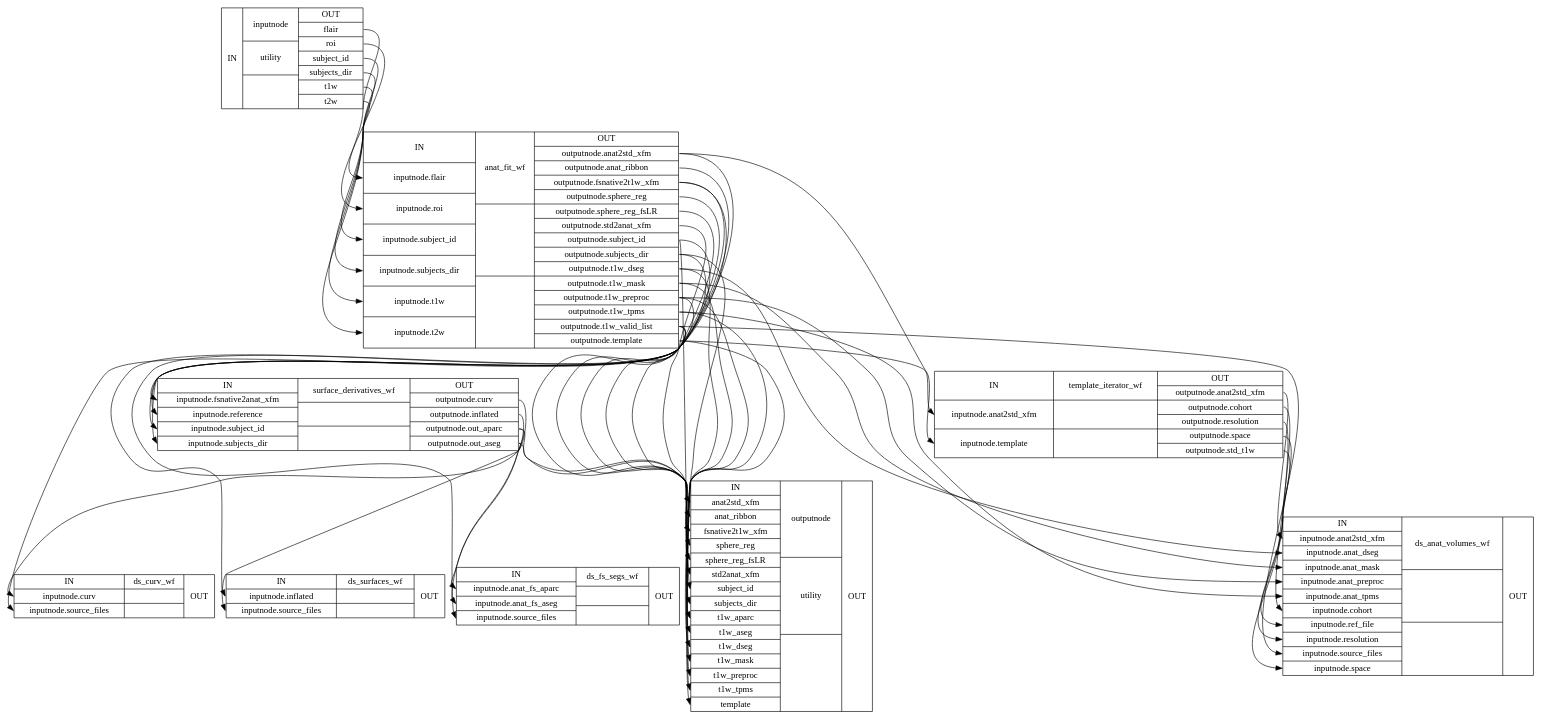
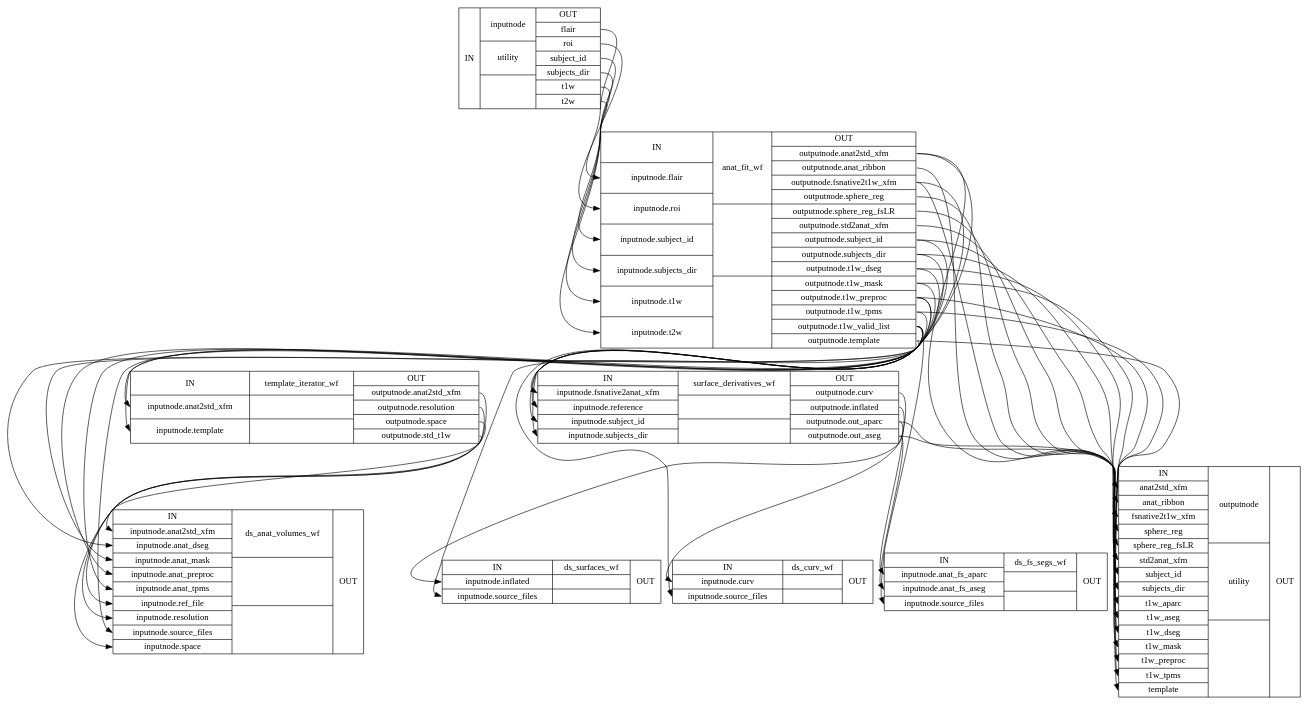
Before and after one commit to nipreps/smriprep: the diagram in maint_0.18.x/wf_directive/api/anat_preproc_wf/smriprep-workflows-anatomical-2_detailed.dot, drawn with Graphviz. The commit also changed 14123 other files, not shown here.

```diff
--- a/maint_0.18.x/wf_directive/api/anat_preproc_wf/smriprep-workflows-anatomical-2_detailed.dot
+++ b/maint_0.18.x/wf_directive/api/anat_preproc_wf/smriprep-workflows-anatomical-2_detailed.dot
@@ -1,56 +1,55 @@
 digraph structs {
 node [shape=record];
 anat_preproc_wfinputnode [label="{IN}|{ inputnode | utility |  }|{OUT|<outflair> flair|<outroi> roi|<outsubjectid> subject_id|<outsubjectsdir> subjects_dir|<outt1w> t1w|<outt2w> t2w}"];
 anat_preproc_wfanat_fit_wf [label="{IN|<ininputnodeflair> inputnode.flair|<ininputnoderoi> inputnode.roi|<ininputnodesubjectid> inputnode.subject_id|<ininputnodesubjectsdir> inputnode.subjects_dir|<ininputnodet1w> inputnode.t1w|<ininputnodet2w> inputnode.t2w}|{ anat_fit_wf |  |  }|{OUT|<outoutputnodeanat2stdxfm> outputnode.anat2std_xfm|<outoutputnodeanatribbon> outputnode.anat_ribbon|<outoutputnodefsnative2t1wxfm> outputnode.fsnative2t1w_xfm|<outoutputnodespherereg> outputnode.sphere_reg|<outoutputnodesphereregfsLR> outputnode.sphere_reg_fsLR|<outoutputnodestd2anatxfm> outputnode.std2anat_xfm|<outoutputnodesubjectid> outputnode.subject_id|<outoutputnodesubjectsdir> outputnode.subjects_dir|<outoutputnodet1wdseg> outputnode.t1w_dseg|<outoutputnodet1wmask> outputnode.t1w_mask|<outoutputnodet1wpreproc> outputnode.t1w_preproc|<outoutputnodet1wtpms> outputnode.t1w_tpms|<outoutputnodet1wvalidlist> outputnode.t1w_valid_list|<outoutputnodetemplate> outputnode.template}"];
-anat_preproc_wftemplate_iterator_wf [label="{IN|<ininputnodeanat2stdxfm> inputnode.anat2std_xfm|<ininputnodetemplate> inputnode.template}|{ template_iterator_wf |  |  }|{OUT|<outoutputnodeanat2stdxfm> outputnode.anat2std_xfm|<outoutputnodecohort> outputnode.cohort|<outoutputnoderesolution> outputnode.resolution|<outoutputnodespace> outputnode.space|<outoutputnodestdt1w> outputnode.std_t1w}"];
+anat_preproc_wftemplate_iterator_wf [label="{IN|<ininputnodeanat2stdxfm> inputnode.anat2std_xfm|<ininputnodetemplate> inputnode.template}|{ template_iterator_wf |  |  }|{OUT|<outoutputnodeanat2stdxfm> outputnode.anat2std_xfm|<outoutputnoderesolution> outputnode.resolution|<outoutputnodespace> outputnode.space|<outoutputnodestdt1w> outputnode.std_t1w}"];
 anat_preproc_wfsurface_derivatives_wf [label="{IN|<ininputnodefsnative2anatxfm> inputnode.fsnative2anat_xfm|<ininputnodereference> inputnode.reference|<ininputnodesubjectid> inputnode.subject_id|<ininputnodesubjectsdir> inputnode.subjects_dir}|{ surface_derivatives_wf |  |  }|{OUT|<outoutputnodecurv> outputnode.curv|<outoutputnodeinflated> outputnode.inflated|<outoutputnodeoutaparc> outputnode.out_aparc|<outoutputnodeoutaseg> outputnode.out_aseg}"];
-anat_preproc_wfds_anat_volumes_wf [label="{IN|<ininputnodeanat2stdxfm> inputnode.anat2std_xfm|<ininputnodeanatdseg> inputnode.anat_dseg|<ininputnodeanatmask> inputnode.anat_mask|<ininputnodeanatpreproc> inputnode.anat_preproc|<ininputnodeanattpms> inputnode.anat_tpms|<ininputnodecohort> inputnode.cohort|<ininputnodereffile> inputnode.ref_file|<ininputnoderesolution> inputnode.resolution|<ininputnodesourcefiles> inputnode.source_files|<ininputnodespace> inputnode.space}|{ ds_anat_volumes_wf |  |  }|{OUT}"];
+anat_preproc_wfds_anat_volumes_wf [label="{IN|<ininputnodeanat2stdxfm> inputnode.anat2std_xfm|<ininputnodeanatdseg> inputnode.anat_dseg|<ininputnodeanatmask> inputnode.anat_mask|<ininputnodeanatpreproc> inputnode.anat_preproc|<ininputnodeanattpms> inputnode.anat_tpms|<ininputnodereffile> inputnode.ref_file|<ininputnoderesolution> inputnode.resolution|<ininputnodesourcefiles> inputnode.source_files|<ininputnodespace> inputnode.space}|{ ds_anat_volumes_wf |  |  }|{OUT}"];
 anat_preproc_wfds_surfaces_wf [label="{IN|<ininputnodeinflated> inputnode.inflated|<ininputnodesourcefiles> inputnode.source_files}|{ ds_surfaces_wf |  |  }|{OUT}"];
 anat_preproc_wfds_curv_wf [label="{IN|<ininputnodecurv> inputnode.curv|<ininputnodesourcefiles> inputnode.source_files}|{ ds_curv_wf |  |  }|{OUT}"];
 anat_preproc_wfds_fs_segs_wf [label="{IN|<ininputnodeanatfsaparc> inputnode.anat_fs_aparc|<ininputnodeanatfsaseg> inputnode.anat_fs_aseg|<ininputnodesourcefiles> inputnode.source_files}|{ ds_fs_segs_wf |  |  }|{OUT}"];
 anat_preproc_wfoutputnode [label="{IN|<inanat2stdxfm> anat2std_xfm|<inanatribbon> anat_ribbon|<infsnative2t1wxfm> fsnative2t1w_xfm|<inspherereg> sphere_reg|<insphereregfsLR> sphere_reg_fsLR|<instd2anatxfm> std2anat_xfm|<insubjectid> subject_id|<insubjectsdir> subjects_dir|<int1waparc> t1w_aparc|<int1waseg> t1w_aseg|<int1wdseg> t1w_dseg|<int1wmask> t1w_mask|<int1wpreproc> t1w_preproc|<int1wtpms> t1w_tpms|<intemplate> template}|{ outputnode | utility |  }|{OUT}"];
 anat_preproc_wfanat_fit_wf:outoutputnodeanat2stdxfm:e -> anat_preproc_wfoutputnode:inanat2stdxfm:w;
 anat_preproc_wfanat_fit_wf:outoutputnodeanat2stdxfm:e -> anat_preproc_wftemplate_iterator_wf:ininputnodeanat2stdxfm:w;
 anat_preproc_wfanat_fit_wf:outoutputnodeanatribbon:e -> anat_preproc_wfoutputnode:inanatribbon:w;
 anat_preproc_wfanat_fit_wf:outoutputnodefsnative2t1wxfm:e -> anat_preproc_wfoutputnode:infsnative2t1wxfm:w;
 anat_preproc_wfanat_fit_wf:outoutputnodefsnative2t1wxfm:e -> anat_preproc_wfsurface_derivatives_wf:ininputnodefsnative2anatxfm:w;
 anat_preproc_wfanat_fit_wf:outoutputnodespherereg:e -> anat_preproc_wfoutputnode:inspherereg:w;
 anat_preproc_wfanat_fit_wf:outoutputnodesphereregfsLR:e -> anat_preproc_wfoutputnode:insphereregfsLR:w;
 anat_preproc_wfanat_fit_wf:outoutputnodestd2anatxfm:e -> anat_preproc_wfoutputnode:instd2anatxfm:w;
 anat_preproc_wfanat_fit_wf:outoutputnodesubjectid:e -> anat_preproc_wfoutputnode:insubjectid:w;
 anat_preproc_wfanat_fit_wf:outoutputnodesubjectid:e -> anat_preproc_wfsurface_derivatives_wf:ininputnodesubjectid:w;
 anat_preproc_wfanat_fit_wf:outoutputnodesubjectsdir:e -> anat_preproc_wfoutputnode:insubjectsdir:w;
 anat_preproc_wfanat_fit_wf:outoutputnodesubjectsdir:e -> anat_preproc_wfsurface_derivatives_wf:ininputnodesubjectsdir:w;
 anat_preproc_wfanat_fit_wf:outoutputnodet1wdseg:e -> anat_preproc_wfds_anat_volumes_wf:ininputnodeanatdseg:w;
 anat_preproc_wfanat_fit_wf:outoutputnodet1wdseg:e -> anat_preproc_wfoutputnode:int1wdseg:w;
 anat_preproc_wfanat_fit_wf:outoutputnodet1wmask:e -> anat_preproc_wfds_anat_volumes_wf:ininputnodeanatmask:w;
 anat_preproc_wfanat_fit_wf:outoutputnodet1wmask:e -> anat_preproc_wfoutputnode:int1wmask:w;
 anat_preproc_wfanat_fit_wf:outoutputnodet1wpreproc:e -> anat_preproc_wfds_anat_volumes_wf:ininputnodeanatpreproc:w;
 anat_preproc_wfanat_fit_wf:outoutputnodet1wpreproc:e -> anat_preproc_wfoutputnode:int1wpreproc:w;
 anat_preproc_wfanat_fit_wf:outoutputnodet1wpreproc:e -> anat_preproc_wfsurface_derivatives_wf:ininputnodereference:w;
 anat_preproc_wfanat_fit_wf:outoutputnodet1wtpms:e -> anat_preproc_wfds_anat_volumes_wf:ininputnodeanattpms:w;
 anat_preproc_wfanat_fit_wf:outoutputnodet1wtpms:e -> anat_preproc_wfoutputnode:int1wtpms:w;
 anat_preproc_wfanat_fit_wf:outoutputnodet1wvalidlist:e -> anat_preproc_wfds_anat_volumes_wf:ininputnodesourcefiles:w;
 anat_preproc_wfanat_fit_wf:outoutputnodet1wvalidlist:e -> anat_preproc_wfds_curv_wf:ininputnodesourcefiles:w;
 anat_preproc_wfanat_fit_wf:outoutputnodet1wvalidlist:e -> anat_preproc_wfds_fs_segs_wf:ininputnodesourcefiles:w;
 anat_preproc_wfanat_fit_wf:outoutputnodet1wvalidlist:e -> anat_preproc_wfds_surfaces_wf:ininputnodesourcefiles:w;
 anat_preproc_wfanat_fit_wf:outoutputnodetemplate:e -> anat_preproc_wfoutputnode:intemplate:w;
 anat_preproc_wfanat_fit_wf:outoutputnodetemplate:e -> anat_preproc_wftemplate_iterator_wf:ininputnodetemplate:w;
 anat_preproc_wfinputnode:outflair:e -> anat_preproc_wfanat_fit_wf:ininputnodeflair:w;
 anat_preproc_wfinputnode:outroi:e -> anat_preproc_wfanat_fit_wf:ininputnoderoi:w;
 anat_preproc_wfinputnode:outsubjectid:e -> anat_preproc_wfanat_fit_wf:ininputnodesubjectid:w;
 anat_preproc_wfinputnode:outsubjectsdir:e -> anat_preproc_wfanat_fit_wf:ininputnodesubjectsdir:w;
 anat_preproc_wfinputnode:outt1w:e -> anat_preproc_wfanat_fit_wf:ininputnodet1w:w;
 anat_preproc_wfinputnode:outt2w:e -> anat_preproc_wfanat_fit_wf:ininputnodet2w:w;
 anat_preproc_wfsurface_derivatives_wf:outoutputnodecurv:e -> anat_preproc_wfds_curv_wf:ininputnodecurv:w;
 anat_preproc_wfsurface_derivatives_wf:outoutputnodeinflated:e -> anat_preproc_wfds_surfaces_wf:ininputnodeinflated:w;
 anat_preproc_wfsurface_derivatives_wf:outoutputnodeoutaparc:e -> anat_preproc_wfds_fs_segs_wf:ininputnodeanatfsaparc:w;
 anat_preproc_wfsurface_derivatives_wf:outoutputnodeoutaparc:e -> anat_preproc_wfoutputnode:int1waparc:w;
 anat_preproc_wfsurface_derivatives_wf:outoutputnodeoutaseg:e -> anat_preproc_wfds_fs_segs_wf:ininputnodeanatfsaseg:w;
 anat_preproc_wfsurface_derivatives_wf:outoutputnodeoutaseg:e -> anat_preproc_wfoutputnode:int1waseg:w;
 anat_preproc_wftemplate_iterator_wf:outoutputnodeanat2stdxfm:e -> anat_preproc_wfds_anat_volumes_wf:ininputnodeanat2stdxfm:w;
-anat_preproc_wftemplate_iterator_wf:outoutputnodecohort:e -> anat_preproc_wfds_anat_volumes_wf:ininputnodecohort:w;
 anat_preproc_wftemplate_iterator_wf:outoutputnoderesolution:e -> anat_preproc_wfds_anat_volumes_wf:ininputnoderesolution:w;
 anat_preproc_wftemplate_iterator_wf:outoutputnodespace:e -> anat_preproc_wfds_anat_volumes_wf:ininputnodespace:w;
 anat_preproc_wftemplate_iterator_wf:outoutputnodestdt1w:e -> anat_preproc_wfds_anat_volumes_wf:ininputnodereffile:w;
 }
```
